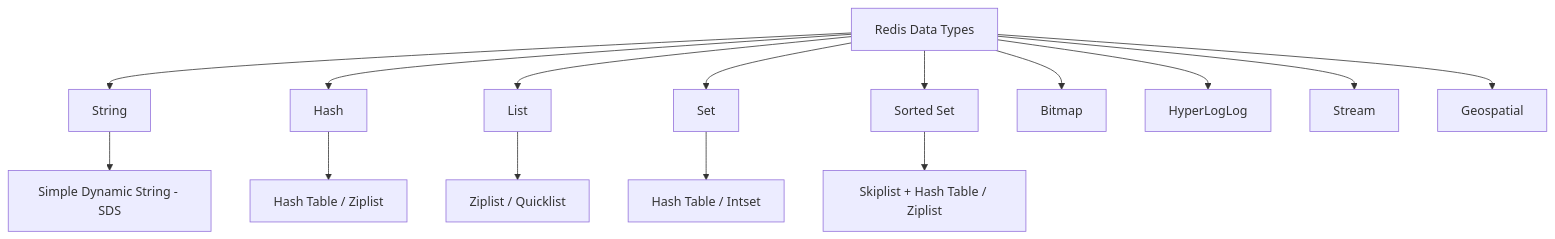
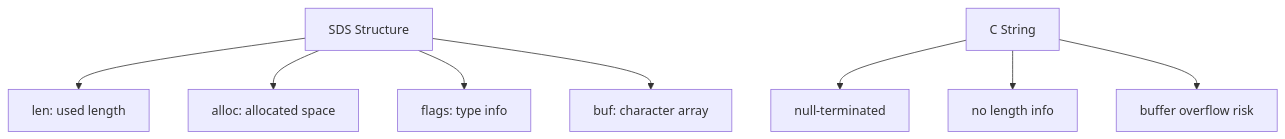
The first of 11 diagrams in source/_posts/Redis-Data-Types-and-Data-Structures-Complete-Guide.md (shayne007/blog), drawn with Mermaid before and after one commit. The commit also changed other lines of this file and 3 other files, not shown here.

```diff
--- a/source/_posts/Redis-Data-Types-and-Data-Structures-Complete-Guide.md
+++ b/source/_posts/Redis-Data-Types-and-Data-Structures-Complete-Guide.md
@@ -12,17 +16,10 @@
-{% mermaid flowchart TD %}
-    A[Redis Data Types] --> B[String]
-    A --> C[Hash]
-    A --> D[List]
-    A --> E[Set]
-    A --> F[Sorted Set]
-    A --> G[Bitmap]
-    A --> H[HyperLogLog]
-    A --> I[Stream]
-    A --> J[Geospatial]
+{% mermaid graph TD %}
+    A[SDS Structure] --> B[len: used length]
+    A --> C[alloc: allocated space]
+    A --> D[flags: type info]
+    A --> E[buf: character array]
     
-    B --> B1[Simple Dynamic String - SDS]
-    C --> C1[Hash Table / Ziplist]
-    D --> D1[Ziplist / Quicklist]
-    E --> E1[Hash Table / Intset]
-    F --> F1[Skiplist + Hash Table / Ziplist]
+    F[C String] --> G[null-terminated]
+    F --> H[no length info]
+    F --> I[buffer overflow risk]
 {% endmermaid %}
```
